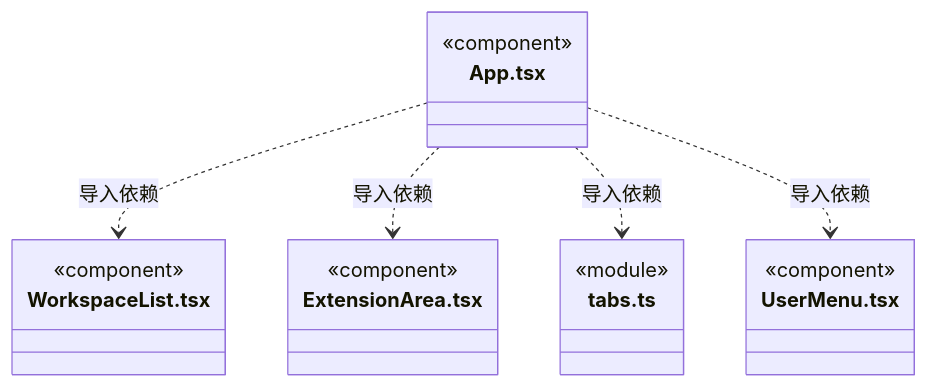
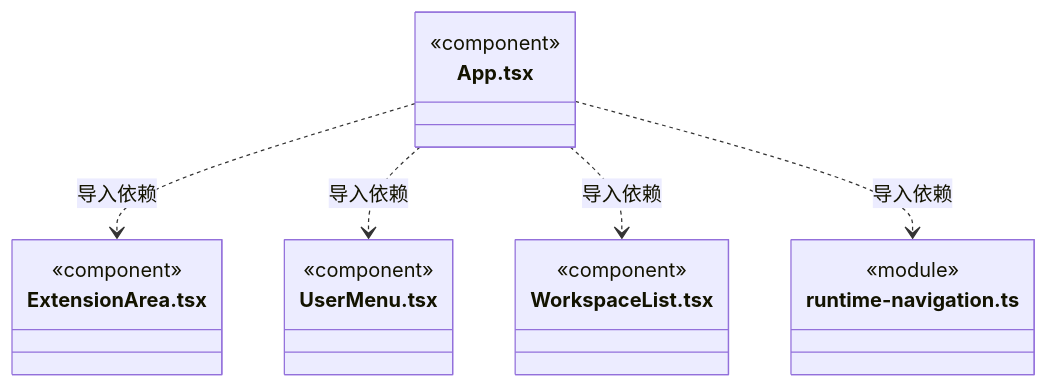
Diagram 16 of 18 in src/view/shell/ARCHITECTURE.md (nan023062/cbim), drawn with Mermaid before and after one commit. The commit also changed other lines of this file and 112 other files, not shown here.

Commit message:
docs: align source architecture with current declarations and contracts

````diff
--- a/src/view/shell/ARCHITECTURE.md
+++ b/src/view/shell/ARCHITECTURE.md
@@ -349,22 +350,22 @@
 ```mermaid
 classDiagram
 class N_src_view_shell_App_tsx["App.tsx"] {
   <<component>>
 }
-class N_src_view_shell_WorkspaceList_tsx["WorkspaceList.tsx"] {
-  <<component>>
-}
 class N_src_view_shell_ExtensionArea_tsx["ExtensionArea.tsx"] {
   <<component>>
-}
-class N_src_view_shell_tabs_ts["tabs.ts"] {
-  <<module>>
 }
 class N_src_view_shell_UserMenu_tsx["UserMenu.tsx"] {
   <<component>>
 }
+class N_src_view_shell_WorkspaceList_tsx["WorkspaceList.tsx"] {
+  <<component>>
+}
+class N_src_view_shell_runtime_navigation_ts["runtime-navigation.ts"] {
+  <<module>>
+}
+N_src_view_shell_App_tsx ..> N_src_view_shell_ExtensionArea_tsx : 导入依赖
+N_src_view_shell_App_tsx ..> N_src_view_shell_UserMenu_tsx : 导入依赖
 N_src_view_shell_App_tsx ..> N_src_view_shell_WorkspaceList_tsx : 导入依赖
-N_src_view_shell_App_tsx ..> N_src_view_shell_ExtensionArea_tsx : 导入依赖
-N_src_view_shell_App_tsx ..> N_src_view_shell_tabs_ts : 导入依赖
-N_src_view_shell_App_tsx ..> N_src_view_shell_UserMenu_tsx : 导入依赖
+N_src_view_shell_App_tsx ..> N_src_view_shell_runtime_navigation_ts : 导入依赖
 ```
````
